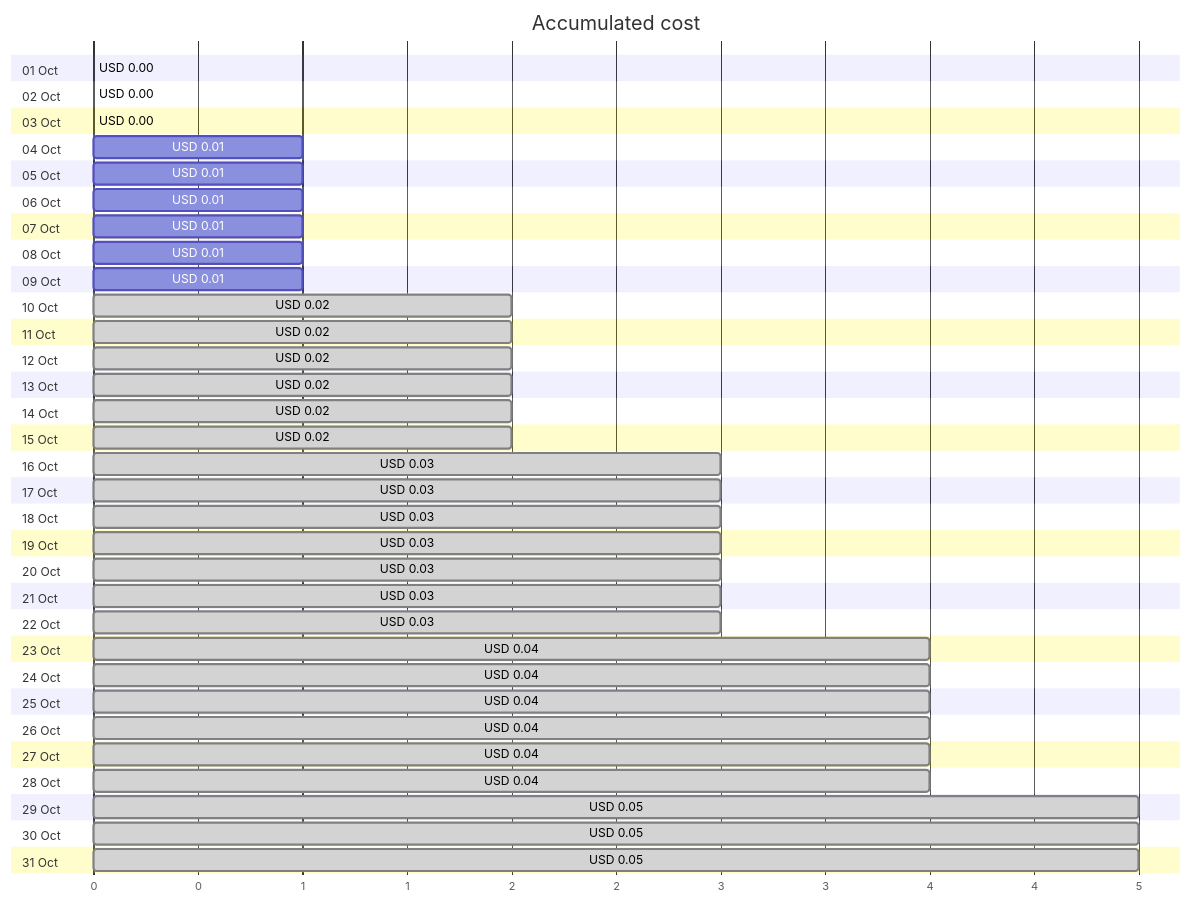
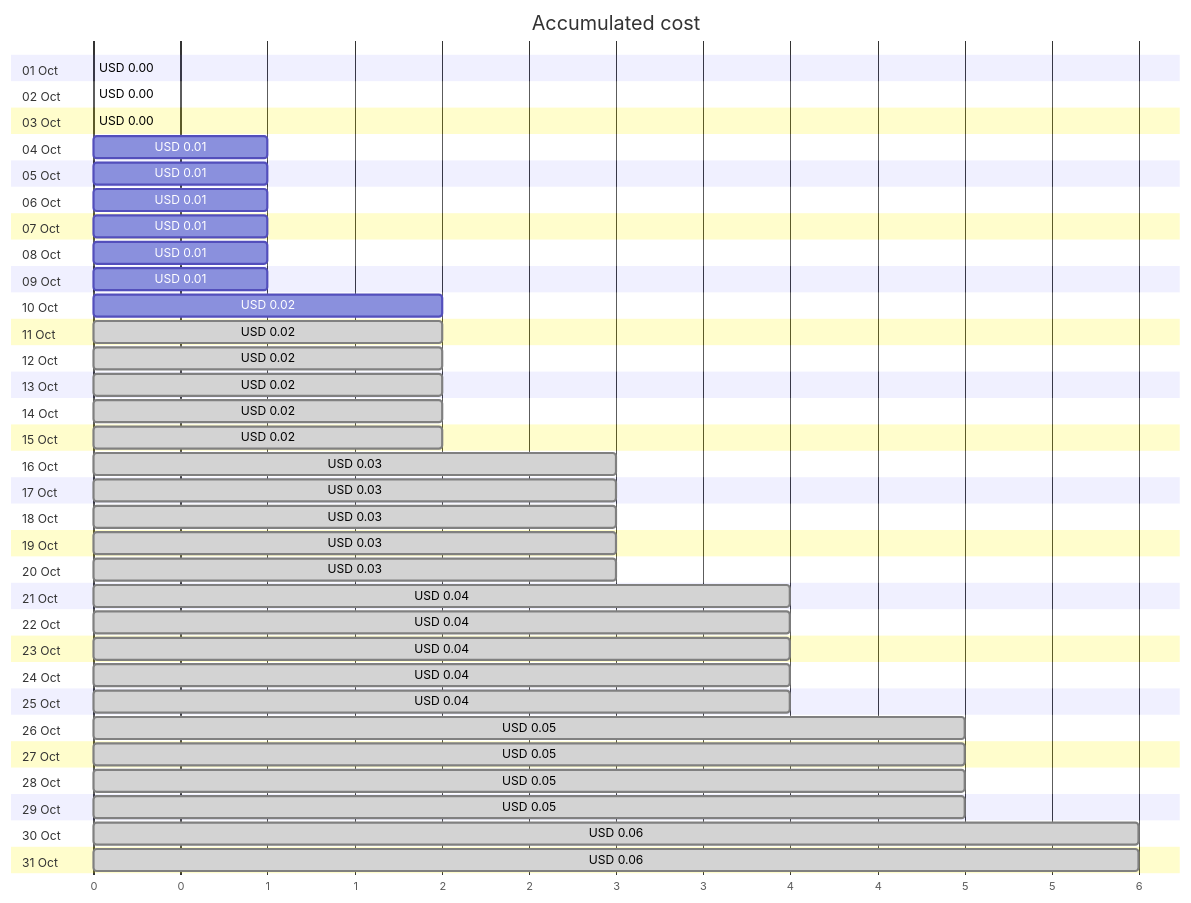
One commit to jpfulton/azure-personal-reports changed the first of 4 diagrams in cost-reports/personal-site/personalsiteapistorage.md. Above: the diagram before and after it, drawn with Mermaid. The commit also changed other lines of this file and 7 other files, not shown here.

````diff
--- a/cost-reports/personal-site/personalsiteapistorage.md
+++ b/cost-reports/personal-site/personalsiteapistorage.md
@@ -20,68 +20,68 @@
 ```mermaid
 gantt
    title Accumulated cost
    dateFormat  X
    axisFormat %s
    section 01 Oct
    USD 0.00 :0, 0
    section 02 Oct
    USD 0.00 :0, 0
    section 03 Oct
    USD 0.00 :0, 0
    section 04 Oct
    USD 0.01 :0, 1
    section 05 Oct
    USD 0.01 :0, 1
    section 06 Oct
    USD 0.01 :0, 1
    section 07 Oct
    USD 0.01 :0, 1
    section 08 Oct
    USD 0.01 :0, 1
    section 09 Oct
    USD 0.01 :0, 1
    section 10 Oct
-   USD 0.02 : done, 0, 2
+   USD 0.02 :0, 2
    section 11 Oct
    USD 0.02 : done, 0, 2
    section 12 Oct
    USD 0.02 : done, 0, 2
    section 13 Oct
    USD 0.02 : done, 0, 2
    section 14 Oct
    USD 0.02 : done, 0, 2
    section 15 Oct
    USD 0.02 : done, 0, 2
    section 16 Oct
    USD 0.03 : done, 0, 3
    section 17 Oct
    USD 0.03 : done, 0, 3
    section 18 Oct
    USD 0.03 : done, 0, 3
    section 19 Oct
    USD 0.03 : done, 0, 3
    section 20 Oct
    USD 0.03 : done, 0, 3
    section 21 Oct
-   USD 0.03 : done, 0, 3
+   USD 0.04 : done, 0, 4
    section 22 Oct
-   USD 0.03 : done, 0, 3
+   USD 0.04 : done, 0, 4
    section 23 Oct
    USD 0.04 : done, 0, 4
    section 24 Oct
    USD 0.04 : done, 0, 4
    section 25 Oct
    USD 0.04 : done, 0, 4
    section 26 Oct
-   USD 0.04 : done, 0, 4
+   USD 0.05 : done, 0, 5
    section 27 Oct
-   USD 0.04 : done, 0, 4
+   USD 0.05 : done, 0, 5
    section 28 Oct
-   USD 0.04 : done, 0, 4
+   USD 0.05 : done, 0, 5
    section 29 Oct
    USD 0.05 : done, 0, 5
    section 30 Oct
-   USD 0.05 : done, 0, 5
+   USD 0.06 : done, 0, 6
    section 31 Oct
-   USD 0.05 : done, 0, 5
+   USD 0.06 : done, 0, 6
 ```
````
